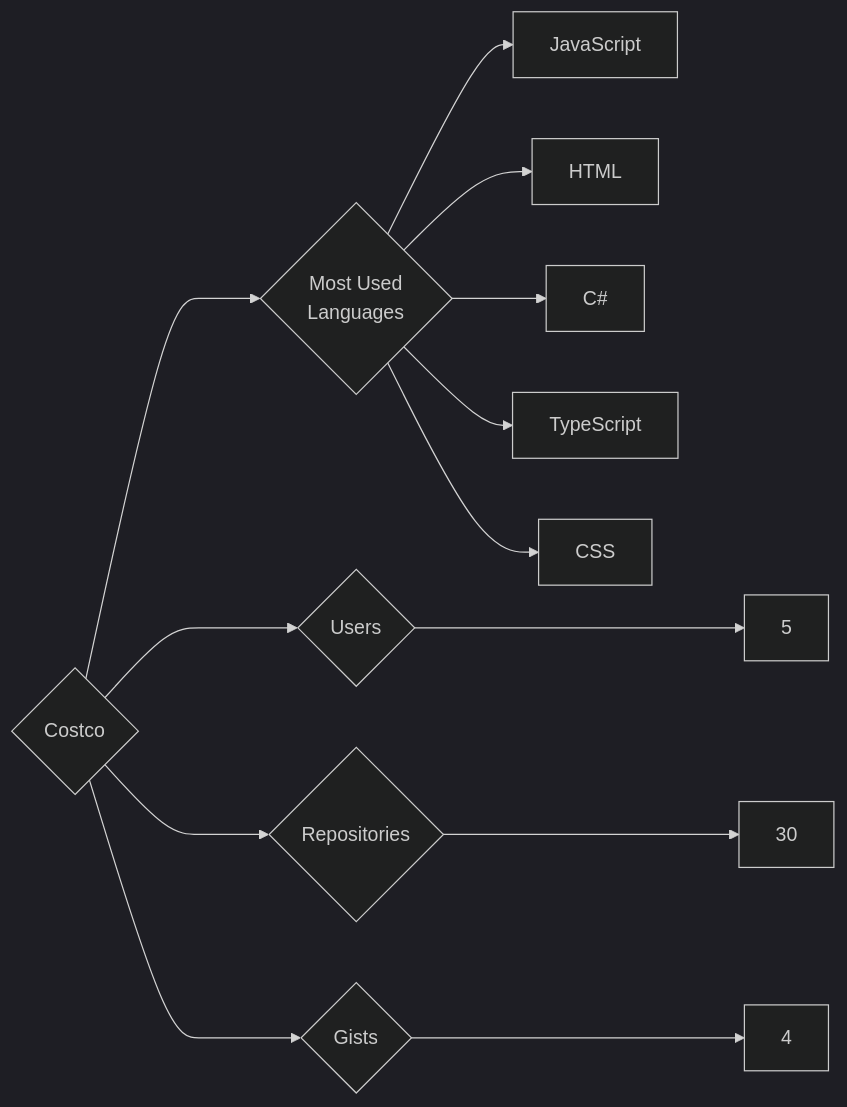
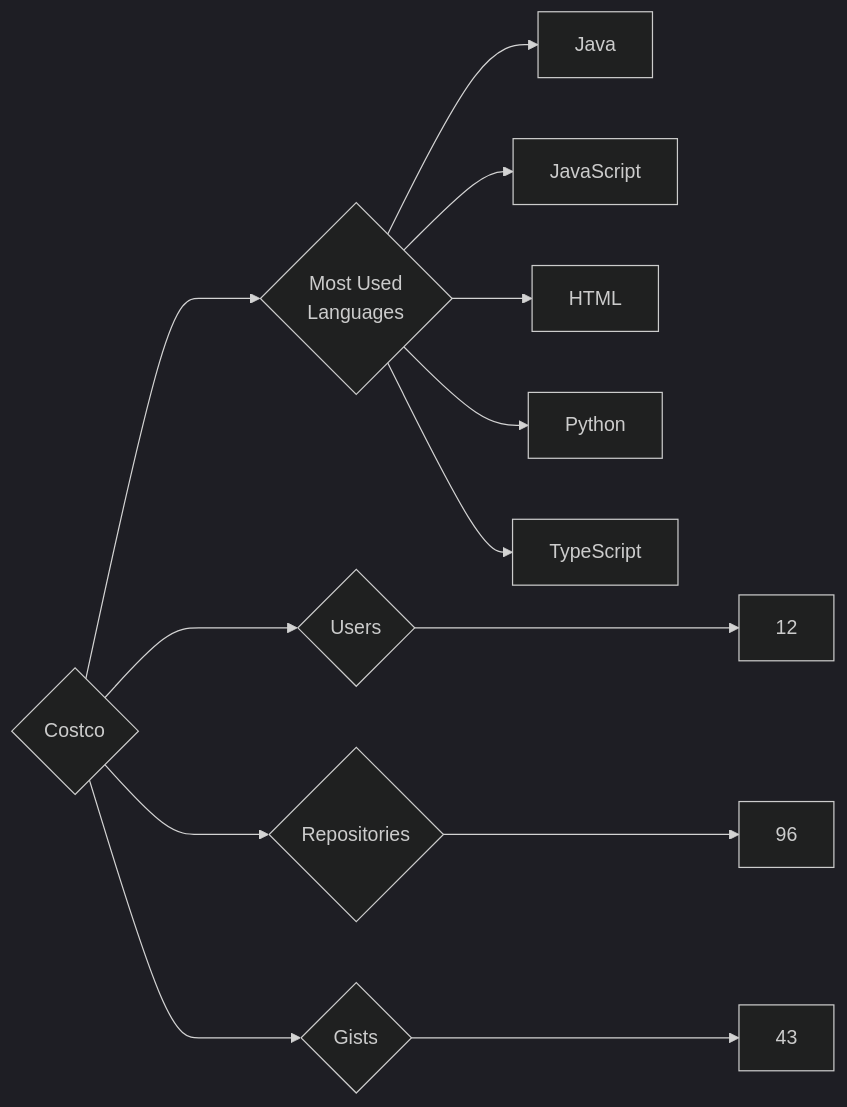
Before and after one commit to trickest/insiders: the diagram in targets/Costco/README.md, drawn with Mermaid (dark theme). The commit also changed 837 other files, not shown here.

````diff
--- a/targets/Costco/README.md
+++ b/targets/Costco/README.md
@@ -3,13 +3,13 @@
 ```mermaid
 graph LR
 COMPANY_NAME{Costco}
-COMPANY_NAME ---> U{Users} ---> UN[5]
-COMPANY_NAME ---> R{Repositories} ---> RN[30]
-COMPANY_NAME ---> G{Gists} ---> GN[4]
+COMPANY_NAME ---> U{Users} ---> UN[12]
+COMPANY_NAME ---> R{Repositories} ---> RN[96]
+COMPANY_NAME ---> G{Gists} ---> GN[43]
 COMPANY_NAME ---> ML{Most Used<br>Languages}
+ML --> Java[Java]
 ML --> JavaScript[JavaScript]
 ML --> HTML[HTML]
-ML --> C#[C#]
+ML --> Python[Python]
 ML --> TypeScript[TypeScript]
-ML --> CSS[CSS]
 ```
````
